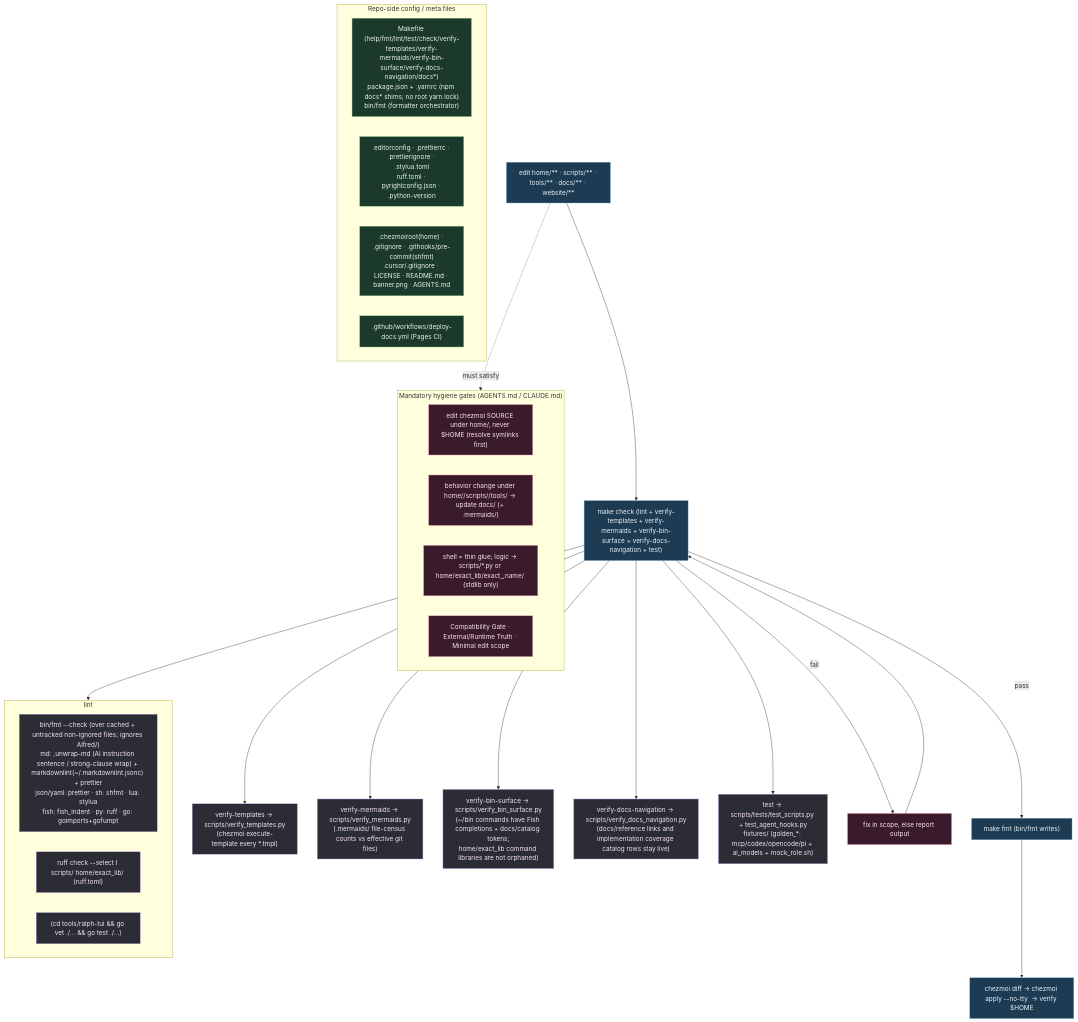
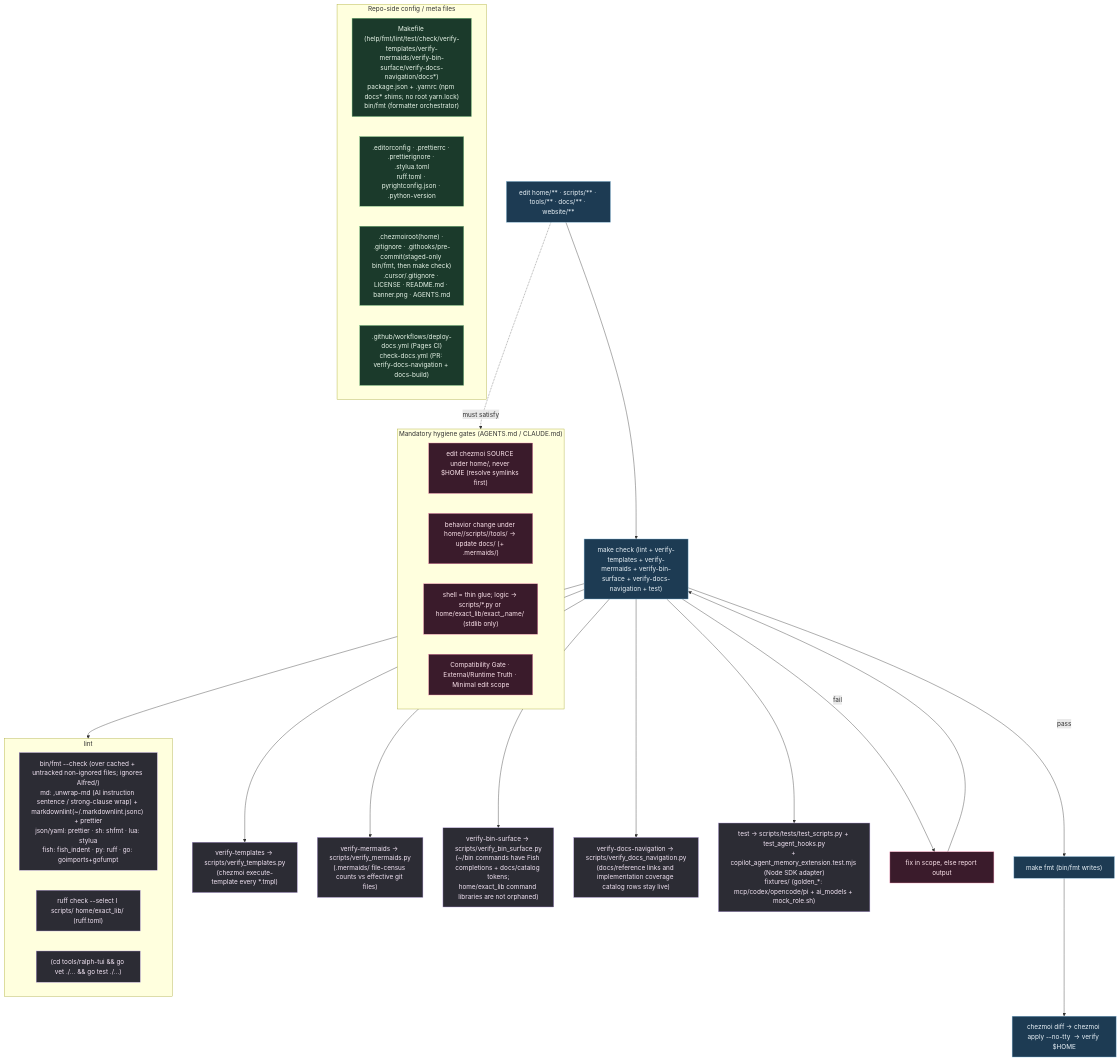
Before and after one commit to kapral18/dotfiles: the diagram in .mermaids/09-repo-validation.mmd, drawn with Mermaid. The commit also changed 88 other files, not shown here.

```diff
--- a/.mermaids/09-repo-validation.mmd
+++ b/.mermaids/09-repo-validation.mmd
@@ -1,43 +1,43 @@
 %% ============================================================================
 %% 09-repo-validation.mmd — Repo dev loop + every repo-side config/meta file.
 %% After every change: `make check` then `make fmt`. bin/fmt operates over the
 %% effective git file set (cached + untracked, non-ignored; .mmd files untouched).
 %% ============================================================================
 flowchart TD
     classDef mk fill:#1d3b53,stroke:#7fb3d5,color:#eaf2f8;
     classDef tool fill:#2c2c34,stroke:#b39ddb,color:#f3e5f5;
     classDef gate fill:#3a1b2b,stroke:#f48fb1,color:#fce4ec;
     classDef cfg fill:#1b3a2b,stroke:#81c784,color:#e8f5e9;
 
     EDIT["edit home/** · scripts/** · tools/** · docs/** · website/**"]:::mk --> CHECK["make check (lint + verify-templates + verify-mermaids + verify-bin-surface + verify-docs-navigation + test)"]:::mk
 
     subgraph LINT["lint"]
         FMT["bin/fmt --check (over cached + untracked non-ignored files; ignores Alfred/)<br/>md: ,unwrap-md (AI instruction sentence / strong-clause wrap) + markdownlint(~/.markdownlint.jsonc) + prettier<br/>json/yaml: prettier · sh: shfmt · lua: stylua<br/>fish: fish_indent · py: ruff · go: goimports+gofumpt"]:::tool
         RUFFI["ruff check --select I scripts/ home/exact_lib/ (ruff.toml)"]:::tool
         GOV["(cd tools/ralph-tui && go vet ./… && go test ./…)"]:::tool
     end
     VT["verify-templates → scripts/verify_templates.py<br/>(chezmoi execute-template every *.tmpl)"]:::tool
     VM["verify-mermaids → scripts/verify_mermaids.py<br/>(.mermaids/ file-census counts vs effective git files)"]:::tool
     VB["verify-bin-surface → scripts/verify_bin_surface.py<br/>(~/bin commands have Fish completions + docs/catalog tokens;<br/>home/exact_lib command libraries are not orphaned)"]:::tool
     VDN["verify-docs-navigation → scripts/verify_docs_navigation.py<br/>(docs/reference links and implementation coverage catalog rows stay live)"]:::tool
-    TST["test → scripts/tests/test_scripts.py + test_agent_hooks.py<br/>fixtures/ (golden_*: mcp/codex/opencode/pi + ai_models + mock_role.sh)"]:::tool
+    TST["test → scripts/tests/test_scripts.py + test_agent_hooks.py<br/>+ copilot_agent_memory_extension.test.mjs (Node SDK adapter)<br/>fixtures/ (golden_*: mcp/codex/opencode/pi + ai_models + mock_role.sh)"]:::tool
     CHECK --> LINT & VT & VM & VB & VDN & TST
 
     CHECK -->|fail| FIX["fix in scope, else report output"]:::gate --> CHECK
     CHECK -->|pass| FMTW["make fmt (bin/fmt writes)"]:::mk
     FMTW --> APPLY["chezmoi diff → chezmoi apply --no-tty <target> → verify $HOME"]:::mk
 
     subgraph CONFIG["Repo-side config / meta files"]
         C1["Makefile (help/fmt/lint/test/check/verify-templates/verify-mermaids/verify-bin-surface/verify-docs-navigation/docs*)<br/>package.json + .yarnrc (npm docs* shims; no root yarn.lock)<br/>bin/fmt (formatter orchestrator)"]:::cfg
         C2[".editorconfig · .prettierrc · .prettierignore · .stylua.toml<br/>ruff.toml · pyrightconfig.json · .python-version"]:::cfg
-        C3[".chezmoiroot(home) · .gitignore · .githooks/pre-commit(shfmt)<br/>.cursor/.gitignore · LICENSE · README.md · banner.png · AGENTS.md"]:::cfg
-        C4[".github/workflows/deploy-docs.yml (Pages CI)"]:::cfg
+        C3[".chezmoiroot(home) · .gitignore · .githooks/pre-commit(staged-only bin/fmt, then make check)<br/>.cursor/.gitignore · LICENSE · README.md · banner.png · AGENTS.md"]:::cfg
+        C4[".github/workflows/deploy-docs.yml (Pages CI)<br/>check-docs.yml (PR: verify-docs-navigation + docs-build)"]:::cfg
     end
 
     subgraph HYG["Mandatory hygiene gates (AGENTS.md / CLAUDE.md)"]
         G1["edit chezmoi SOURCE under home/, never $HOME (resolve symlinks first)"]:::gate
         G2["behavior change under home//scripts//tools/ → update docs/ (+ .mermaids/)"]:::gate
         G3["shell = thin glue; logic → scripts/*.py or home/exact_lib/exact_,name/ (stdlib only)"]:::gate
         G4["Compatibility Gate · External/Runtime Truth · Minimal edit scope"]:::gate
     end
     EDIT -.must satisfy.-> HYG
```
